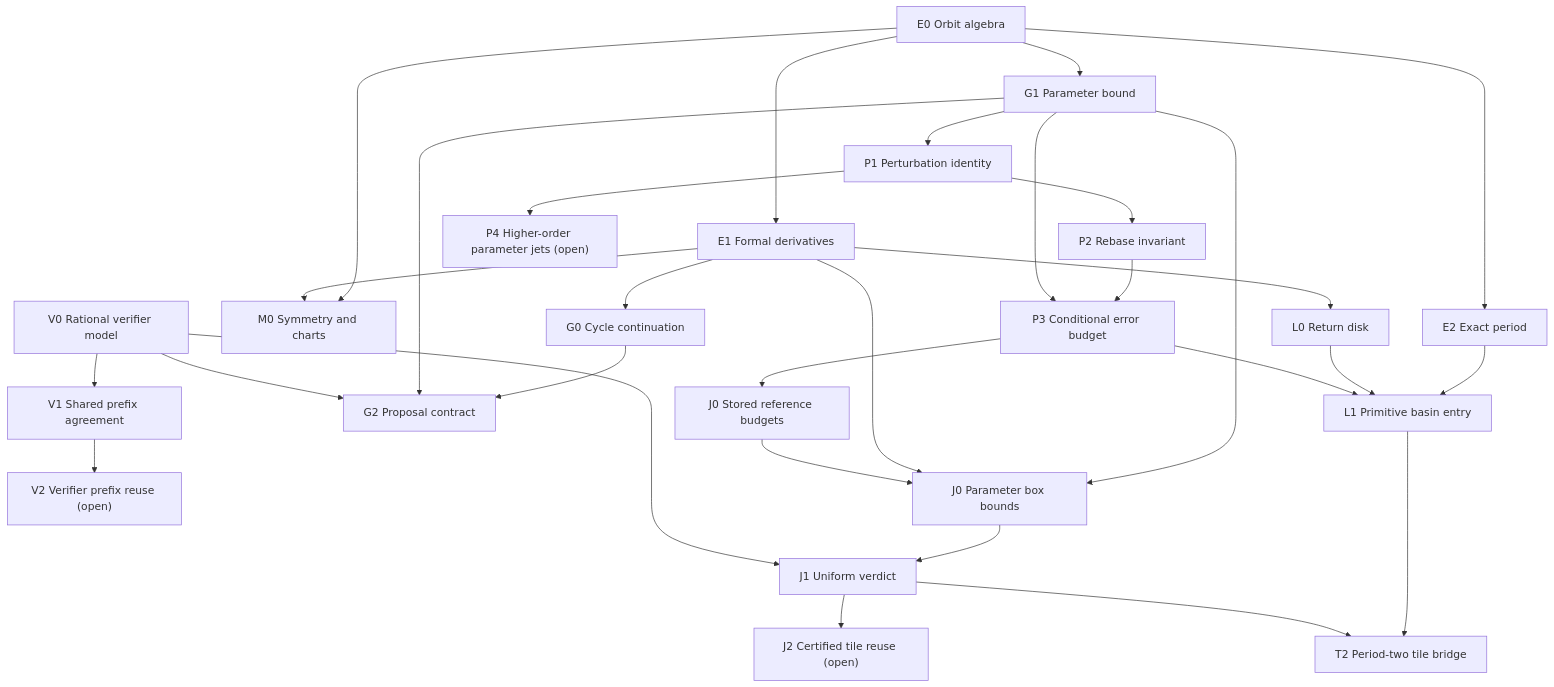
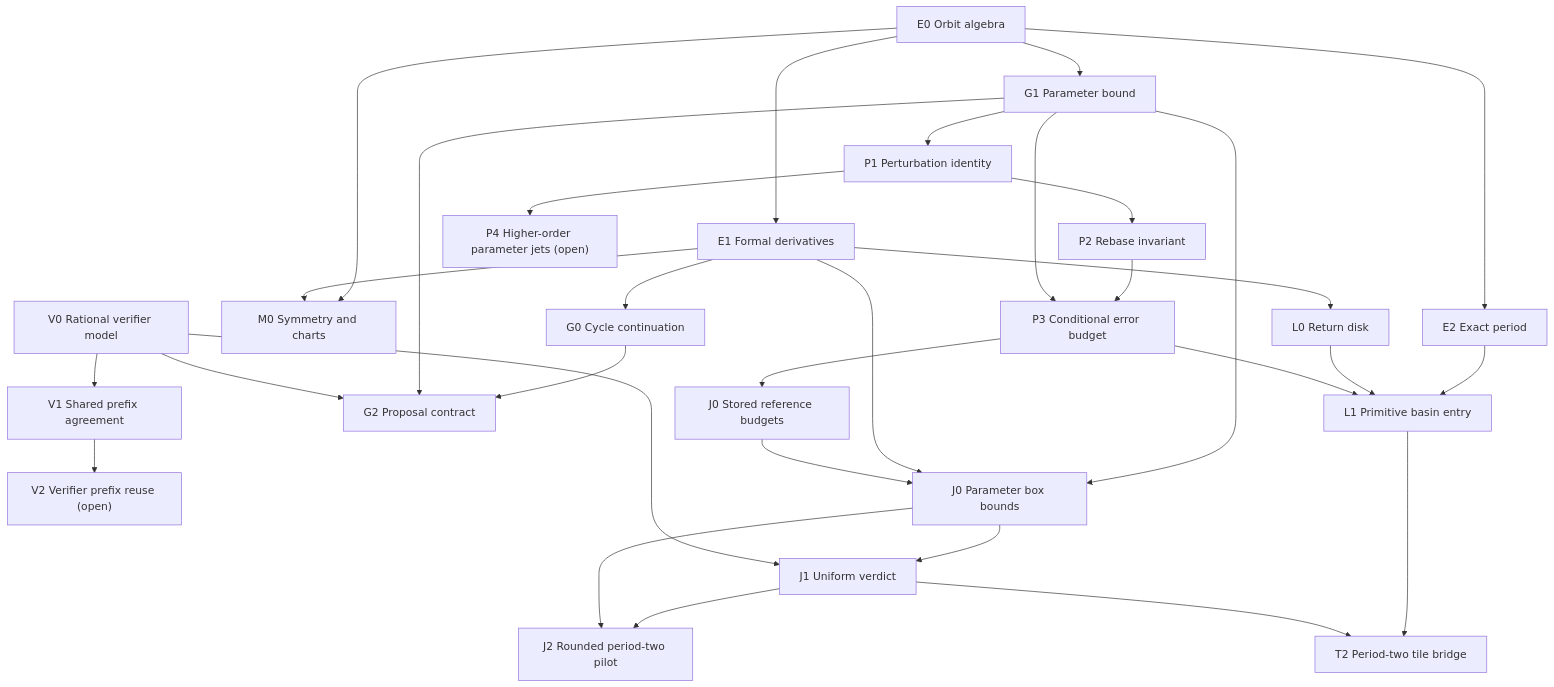
Before and after one commit to Aaron-Fine/int-M-: the diagram in docs/verification/LEAN-PROOF-DAG.md, drawn with Mermaid. The commit also changed other lines of this file and 11 other files, not shown here.

````diff
--- a/docs/verification/LEAN-PROOF-DAG.md
+++ b/docs/verification/LEAN-PROOF-DAG.md
@@ -7,33 +7,34 @@
 ```mermaid
 flowchart TD
   E0["E0 Orbit algebra"] --> E1["E1 Formal derivatives"]
   E0 --> E2["E2 Exact period"]
   E0 --> M0["M0 Symmetry and charts"]
   E1 --> M0
   V0["V0 Rational verifier model"]
   V0 --> V1["V1 Shared prefix agreement"]
   V1 --> V2["V2 Verifier prefix reuse (open)"]
   E1 --> G0["G0 Cycle continuation"]
   E0 --> G1["G1 Parameter bound"]
   G0 --> G2["G2 Proposal contract"]
   G1 --> G2
   V0 --> G2
   E1 --> L0["L0 Return disk"]
   E2 --> L1["L1 Primitive basin entry"]
   L0 --> L1
   G1 --> J0["J0 Parameter box bounds"]
   E1 --> J0
   J0 --> J1["J1 Uniform verdict"]
   V0 --> J1
-  J1 --> J2["J2 Certified tile reuse (open)"]
+  J1 --> J2["J2 Rounded period-two pilot"]
   L1 --> T2["T2 Period-two tile bridge"]
   J1 --> T2
   G1 --> P1["P1 Perturbation identity"]
   P1 --> P2["P2 Rebase invariant"]
   P2 --> P3["P3 Conditional error budget"]
   G1 --> P3
   P3 --> J0S["J0 Stored reference budgets"]
   J0S --> J0
+  J0 --> J2
   P3 --> L1
   P1 --> P4["P4 Higher-order parameter jets (open)"]
 ```
````
